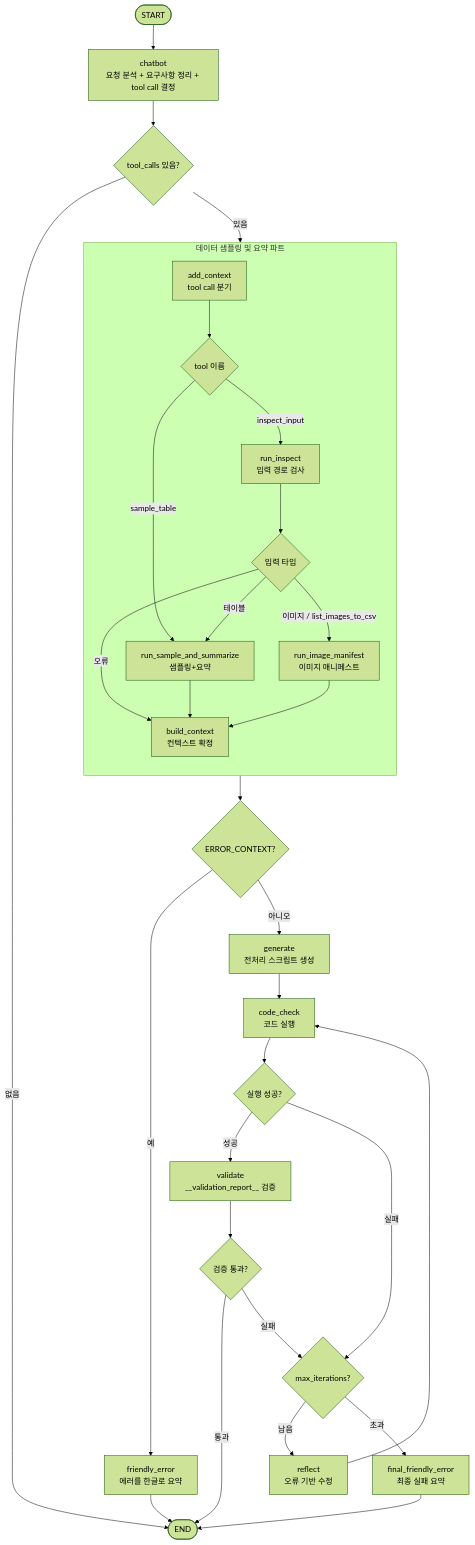
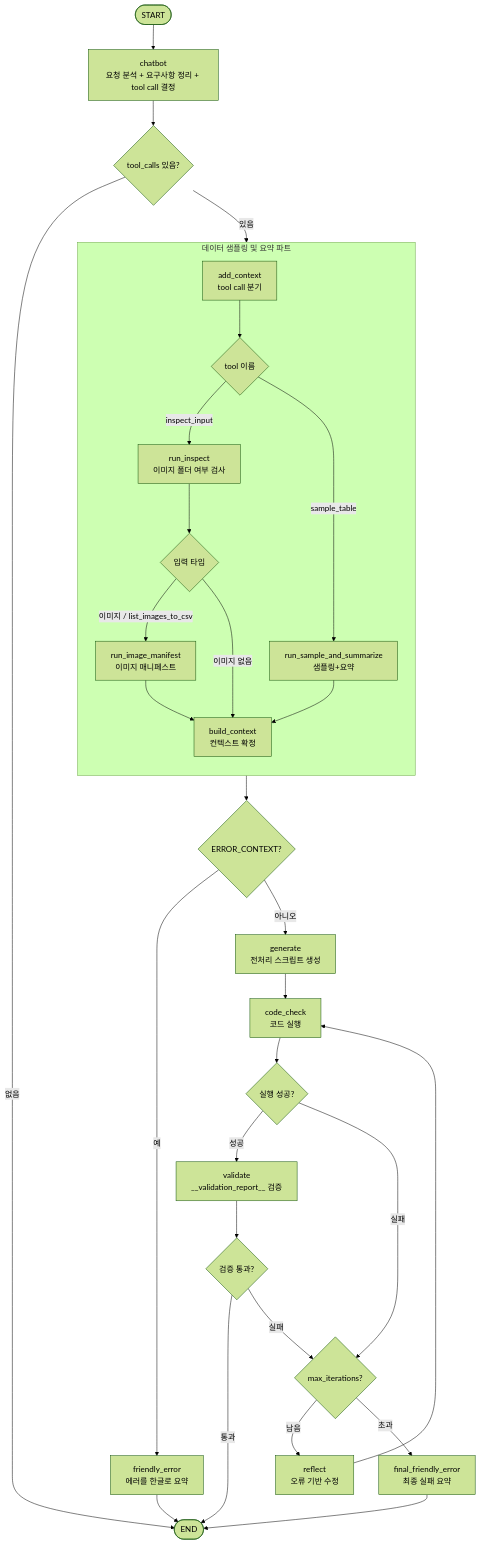
One commit to sonsukwoo/Data_preprocessing_auto changed the third of 3 diagrams in README.md. Above: the diagram before and after it, drawn with Mermaid (forest theme). The commit also changed other lines of this file and 1 other file, not shown here.

Commit message:
워크플로우 수정

````diff
--- a/README.md
+++ b/README.md
@@ -139,43 +139,42 @@
 ```mermaid
 flowchart TD
   START([START]) --> C[chatbot<br/>요청 분석 + 요구사항 정리 + tool call 결정]
 
   C --> D0{tool_calls 있음?}
   D0 -->|없음| END([END])
   D0 -->|있음| X[add_context<br/>tool call 분기]
 
   subgraph INPUT["데이터 샘플링 및 요약 파트"]
     direction TB
     X --> D1{tool 이름}
-    D1 -->|inspect_input| I[run_inspect<br/>입력 경로 검사]
+    D1 -->|inspect_input| I[run_inspect<br/>이미지 폴더 여부 검사]
     D1 -->|sample_table| SAS[run_sample_and_summarize<br/>샘플링+요약]
 
     I --> D2{입력 타입}
     D2 -->|이미지 / list_images_to_csv| IMG[run_image_manifest<br/>이미지 매니페스트]
-    D2 -->|테이블| SAS
-    D2 -->|오류| B[build_context<br/>컨텍스트 확정<br/>]
+    D2 -->|이미지 없음| B[build_context<br/>컨텍스트 확정<br/>]
 
     SAS --> B
     IMG --> B
   end
 
   B --> D4{ERROR_CONTEXT?}
   D4 -->|예| FE[friendly_error<br/>에러를 한글로 요약]
   D4 -->|아니오| G[generate<br/>전처리 스크립트 생성]
 
   G --> E[code_check<br/>코드 실행]
   E --> D5{실행 성공?}
   D5 -->|성공| V[validate<br/>__validation_report__ 검증]
   D5 -->|실패| D{max_iterations?}
 
   V --> D6{검증 통과?}
   D6 -->|통과| END
   D6 -->|실패| D
 
   D -->|남음| RF[reflect<br/>오류 기반 수정]
   D -->|초과| FFE[final_friendly_error<br/>최종 실패 요약]
 
   RF --> E
   FE --> END
   FFE --> END
 ```
````
